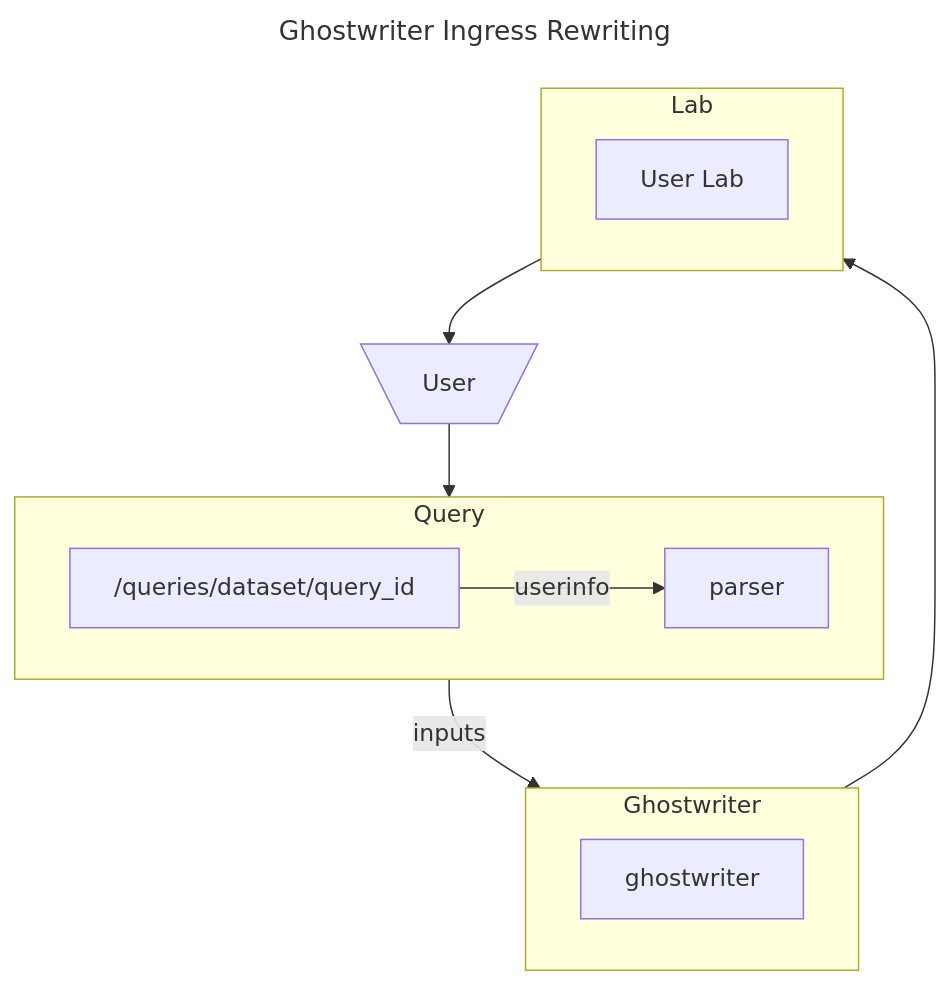
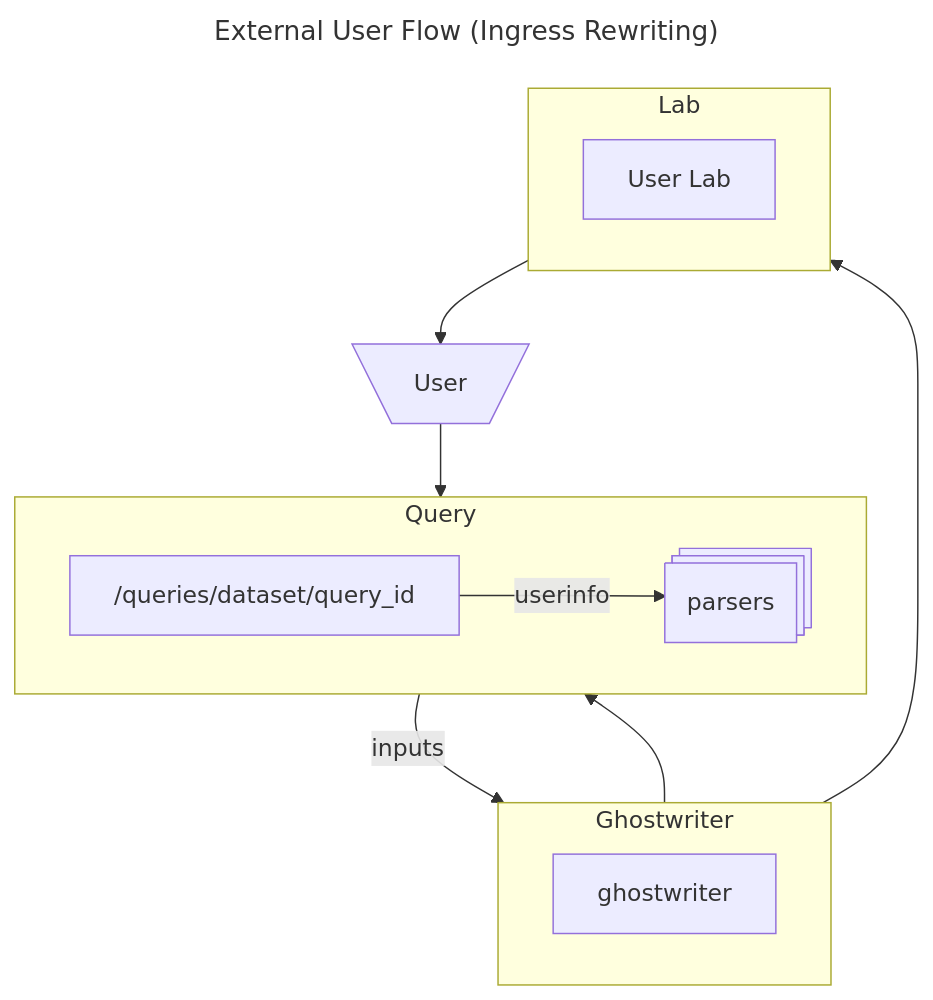
The fourth of 4 diagrams in index.md (lsst-sqre/sqr-110), drawn with Mermaid before and after one commit. The commit also changed other lines of this file, not shown here.

````diff
--- a/index.md
+++ b/index.md
@@ -334,24 +348,25 @@
 ```mermaid
 ---
-title: Ghostwriter Ingress Rewriting
+title: External User Flow (Ingress Rewriting)
 ---
 
 graph TB
   user@{ shape: trap-t, label: "User" }
   subgraph Query
     direction LR
-    query@{ shape: rect, label: "/queries/dataset/query_id" }-->|userinfo|parser
+    query@{ shape: rect, label: "/queries/dataset/query_id" }-->|userinfo|parsers@{ shape: st-rect }
   end
   subgraph Ghostwriter
     direction LR
-    parser -->|inputs|ghostwriter
+    parsers-->|inputs|ghostwriter
   end
   subgraph Lab
     direction LR
     lab@{ shape: rect, label: "User Lab"}
   end
+  ghostwriter-->parsers
   ghostwriter-->lab
   user-->query
   lab-->user
 
 ```
````
